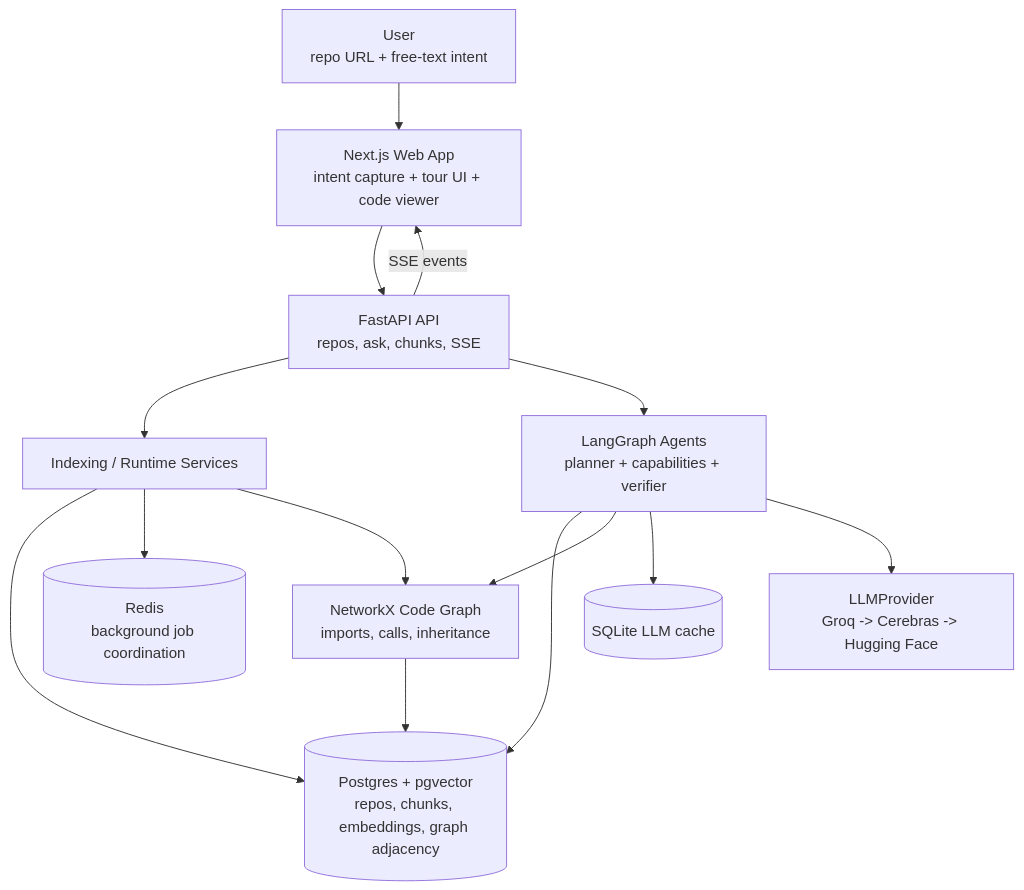
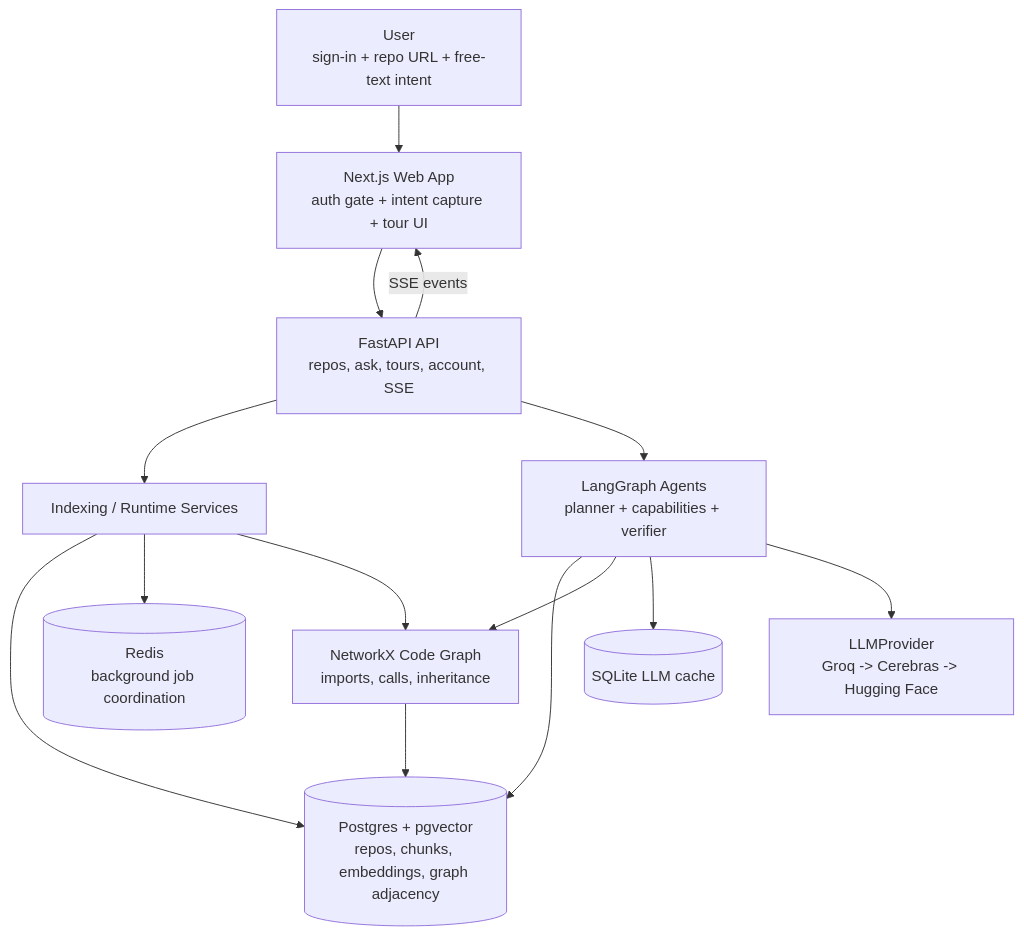
Before and after one commit to ayushkumar320/RepoPilot: the first of 5 diagrams in README.md, drawn with Mermaid. The commit also changed other lines of this file, not shown here.

````diff
--- a/README.md
+++ b/README.md
@@ -43,27 +45,27 @@
 ```mermaid
 flowchart TB
-    user["User<br/>repo URL + free-text intent"]
-    web["Next.js Web App<br/>intent capture + tour UI + code viewer"]
-    api["FastAPI API<br/>repos, ask, chunks, SSE"]
+    user["User<br/>sign-in + repo URL + free-text intent"]
+    web["Next.js Web App<br/>auth gate + intent capture + tour UI"]
+    api["FastAPI API<br/>repos, ask, tours, account, SSE"]
     worker["Indexing / Runtime Services"]
     db[("Postgres + pgvector<br/>repos, chunks, embeddings, graph adjacency")]
     redis[("Redis<br/>background job coordination")]
     cache[("SQLite LLM cache")]
     codeGraph["NetworkX Code Graph<br/>imports, calls, inheritance"]
     agents["LangGraph Agents<br/>planner + capabilities + verifier"]
     llm["LLMProvider<br/>Groq -> Cerebras -> Hugging Face"]
 
     user --> web
     web --> api
     api --> worker
     worker --> db
     worker --> redis
     worker --> codeGraph
     codeGraph --> db
     api --> agents
     agents --> db
     agents --> codeGraph
     agents --> cache
     agents --> llm
     api -- "SSE events" --> web
 ```
````
